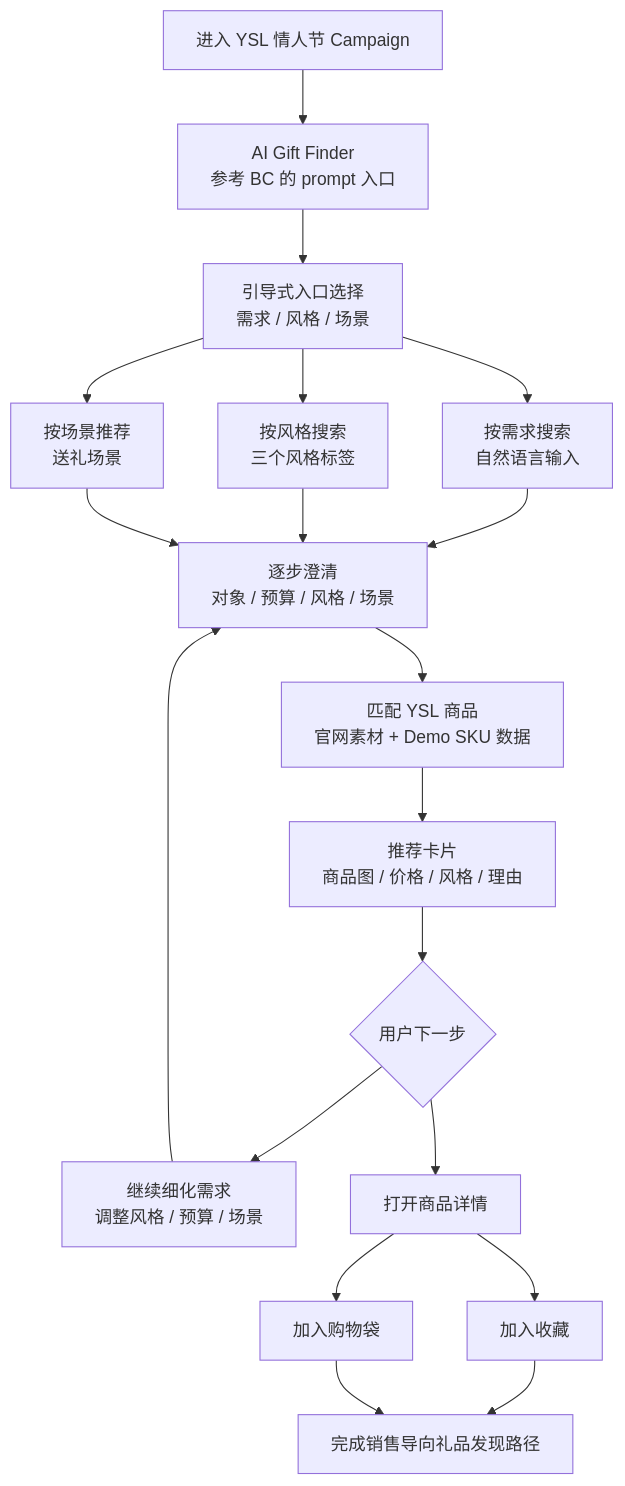
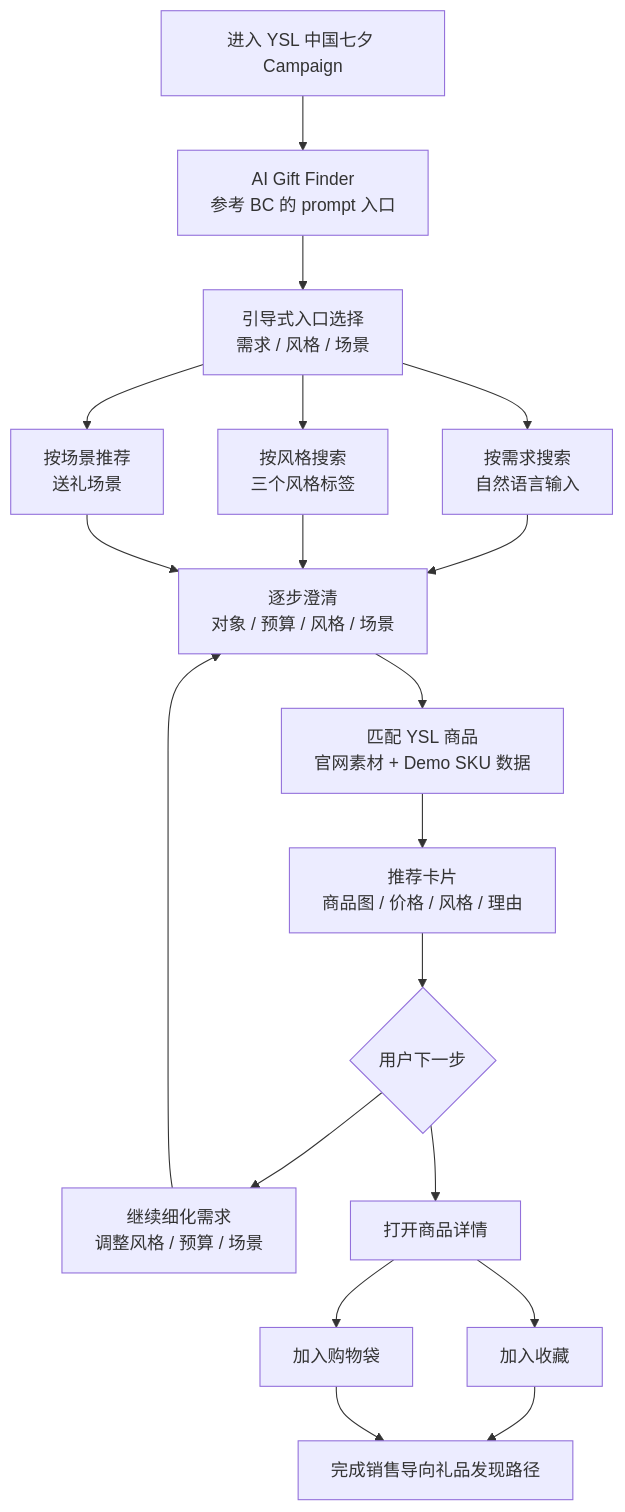
Before and after one commit to AI-TryOn-Project/ysl-campaign: the third of 4 diagrams in PRD.md, drawn with Mermaid. The commit also changed other lines of this file, not shown here.

````diff
--- a/PRD.md
+++ b/PRD.md
@@ -1026,23 +1081,23 @@
 ```mermaid
 flowchart TD
-  A["进入 YSL 情人节 Campaign"] --> B["AI Gift Finder<br/>参考 BC 的 prompt 入口"]
+  A["进入 YSL 中国七夕 Campaign"] --> B["AI Gift Finder<br/>参考 BC 的 prompt 入口"]
   B --> C["引导式入口选择<br/>需求 / 风格 / 场景"]
   C --> D1["按需求搜索<br/>自然语言输入"]
   C --> D2["按风格搜索<br/>三个风格标签"]
   C --> D3["按场景推荐<br/>送礼场景"]
 
   D1 --> E["逐步澄清<br/>对象 / 预算 / 风格 / 场景"]
   D2 --> E
   D3 --> E
 
   E --> F["匹配 YSL 商品<br/>官网素材 + Demo SKU 数据"]
   F --> G["推荐卡片<br/>商品图 / 价格 / 风格 / 理由"]
   G --> H{"用户下一步"}
   H --> I["继续细化需求<br/>调整风格 / 预算 / 场景"]
   I --> E
   H --> J["打开商品详情"]
   J --> K1["加入收藏"]
   J --> K2["加入购物袋"]
   K1 --> L["完成销售导向礼品发现路径"]
   K2 --> L
 ```
````
